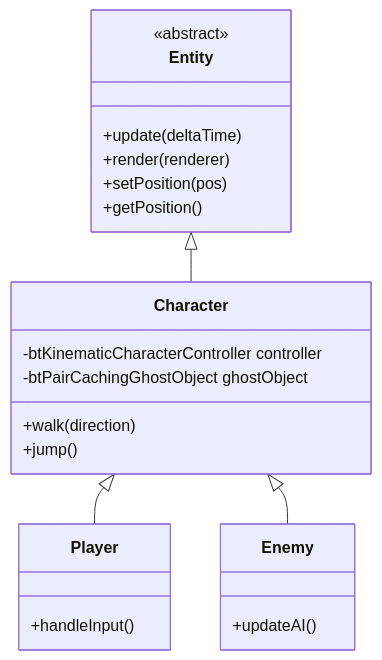
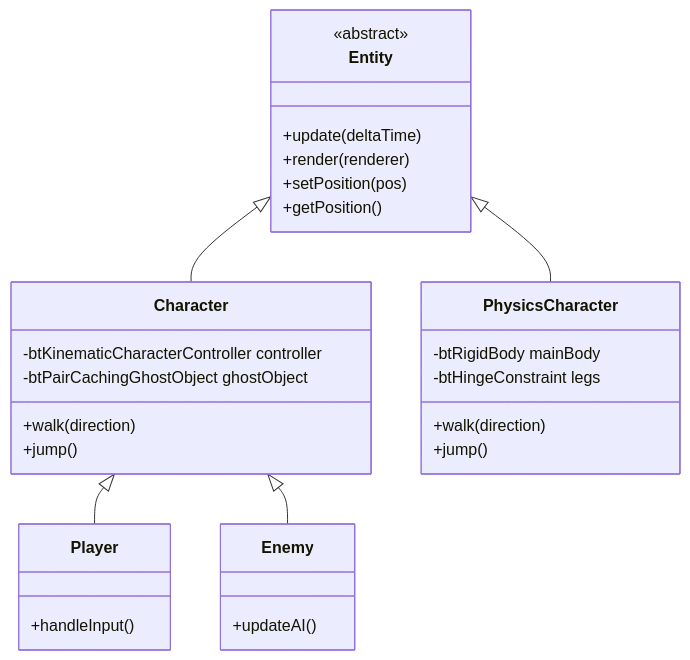
Before and after one commit to Barbarisch/phyxel: the diagram in docs/EntitySystem.md, drawn with Mermaid. The commit also changed other lines of this file and 1 other file, not shown here.

Commit message:
updated docs for physics character and latest entity system

````diff
--- a/docs/EntitySystem.md
+++ b/docs/EntitySystem.md
@@ -11,29 +11,37 @@
 ```mermaid
 classDiagram
     class Entity {
         <<abstract>>
         +update(deltaTime)
         +render(renderer)
         +setPosition(pos)
         +getPosition()
     }
     
     class Character {
         +walk(direction)
         +jump()
         -btKinematicCharacterController controller
         -btPairCachingGhostObject ghostObject
     }
     
+    class PhysicsCharacter {
+        +walk(direction)
+        +jump()
+        -btRigidBody mainBody
+        -btHingeConstraint legs
+    }
+    
     class Player {
         +handleInput()
     }
     
     class Enemy {
         +updateAI()
     }
     
     Entity <|-- Character
+    Entity <|-- PhysicsCharacter
     Character <|-- Player
     Character <|-- Enemy
 ```
````
